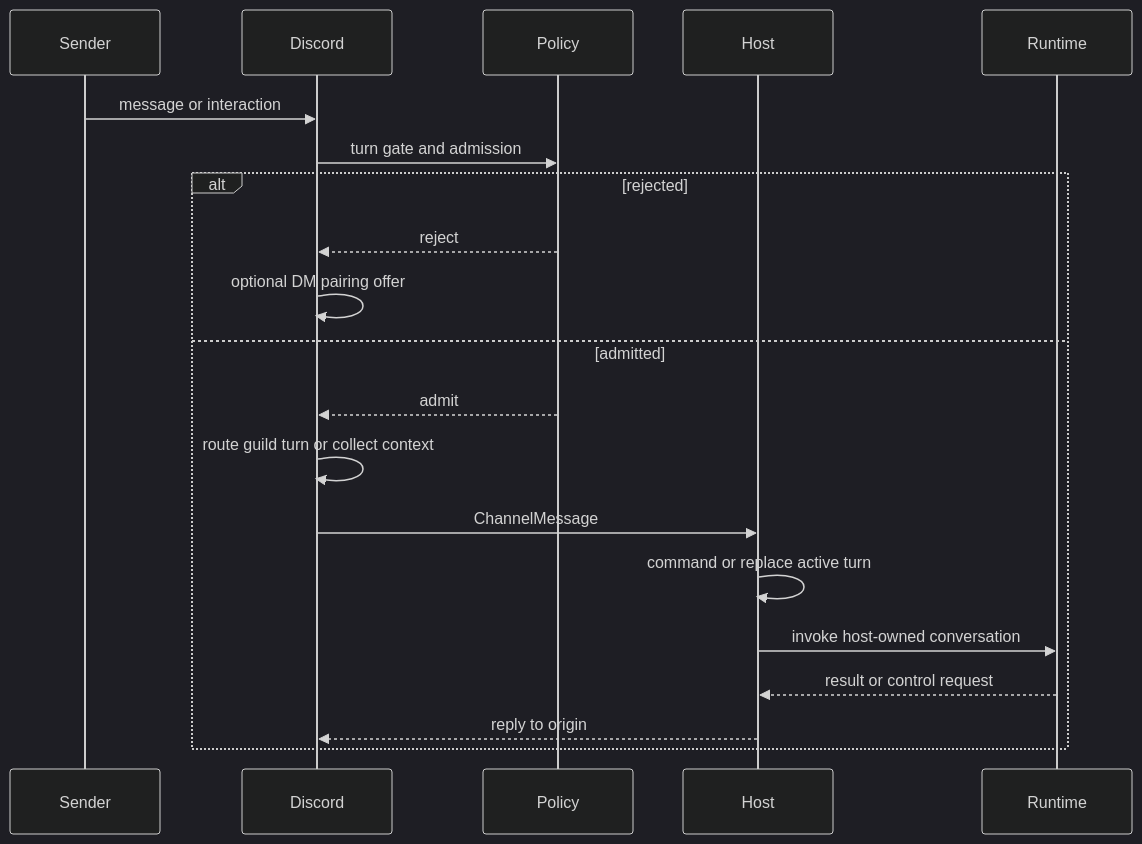
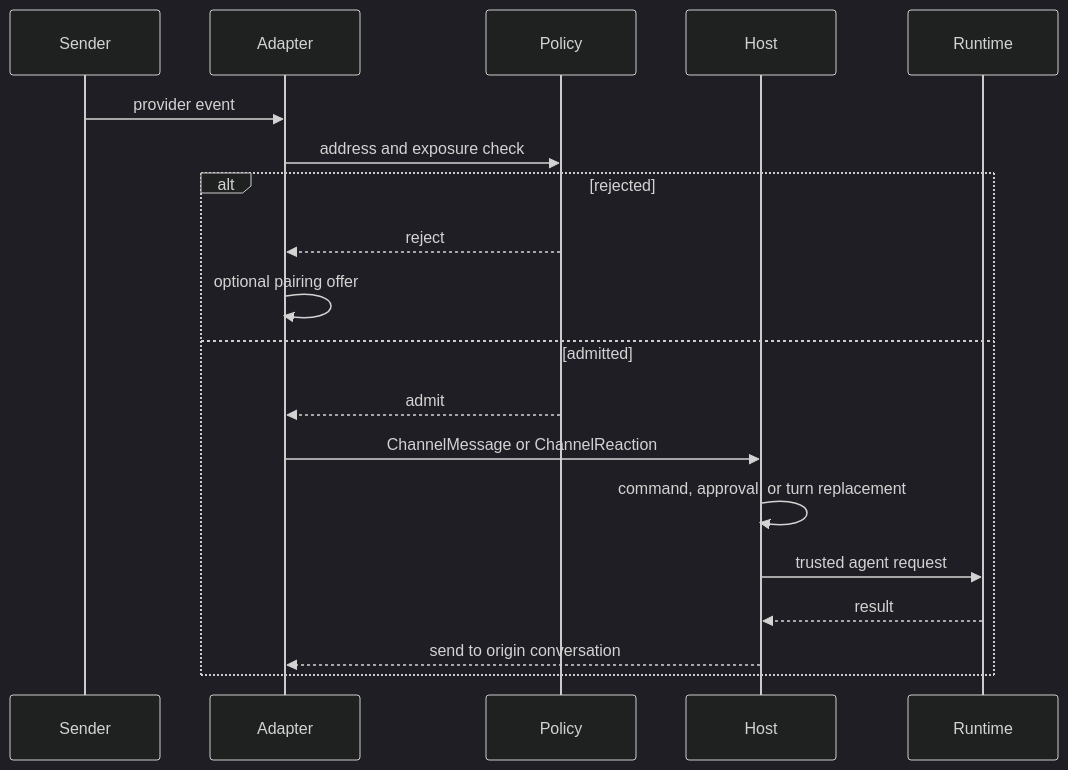
One commit to langchain-ai/deepagents changed the first of 2 diagrams in openwiki/concepts/talon-channel-admission.md. Above: the diagram before and after it, drawn with Mermaid (dark theme). The commit also changed other lines of this file and 69 other files, not shown here.

````diff
--- a/openwiki/concepts/talon-channel-admission.md
+++ b/openwiki/concepts/talon-channel-admission.md
@@ -39,23 +43,22 @@
 ```mermaid
 sequenceDiagram
     participant Sender
-    participant Discord
+    participant Adapter
     participant Policy
     participant Host
     participant Runtime
 
-    Sender->>Discord: message or interaction
-    Discord->>Policy: turn gate and admission
+    Sender->>Adapter: provider event
+    Adapter->>Policy: address and exposure check
     alt rejected
-        Policy-->>Discord: reject
-        Discord->>Discord: optional DM pairing offer
+        Policy-->>Adapter: reject
+        Adapter->>Adapter: optional pairing offer
     else admitted
-        Policy-->>Discord: admit
-        Discord->>Discord: route guild turn or collect context
-        Discord->>Host: ChannelMessage
-        Host->>Host: command or replace active turn
-        Host->>Runtime: invoke host-owned conversation
-        Runtime-->>Host: result or control request
-        Host-->>Discord: reply to origin
+        Policy-->>Adapter: admit
+        Adapter->>Host: ChannelMessage or ChannelReaction
+        Host->>Host: command, approval, or turn replacement
+        Host->>Runtime: trusted agent request
+        Runtime-->>Host: result
+        Host-->>Adapter: send to origin conversation
     end
 ```
````
